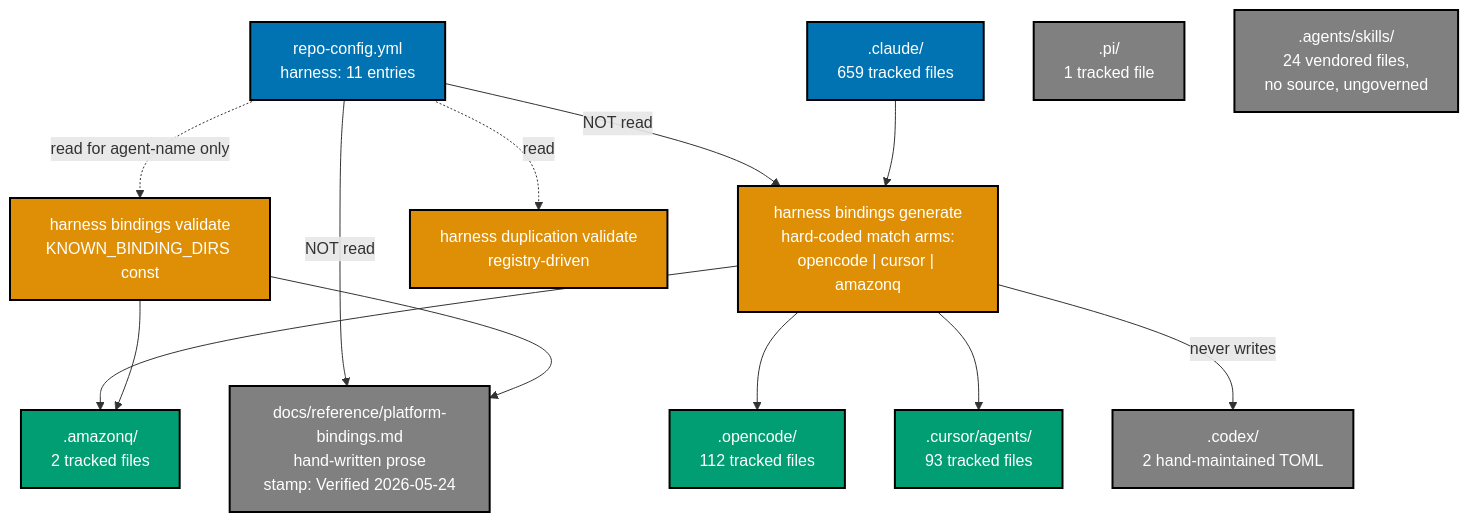
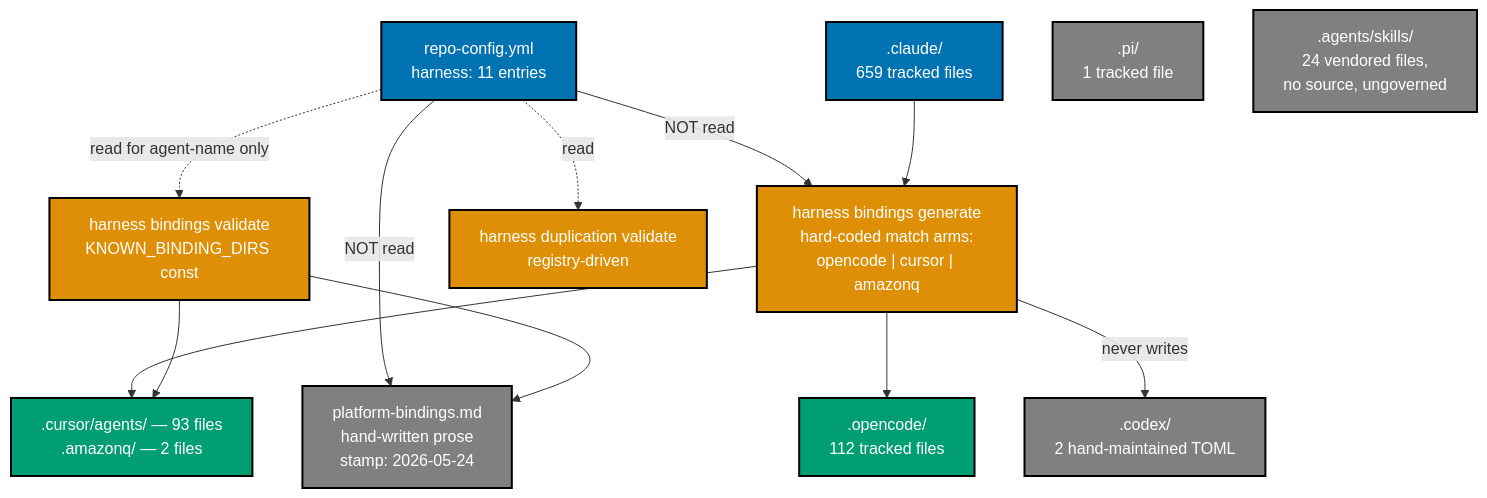
The first of 3 diagrams in plans/in-progress/update-harness-support/tech-docs.md (wahidyankf/open-sharia-fintech), drawn with Mermaid before and after one commit. The commit also changed other lines of this file and 2 other files, not shown here.

Commit message:
docs(plans): tick update-harness-support through the Phase 3 gate
Record the Phase 3 notes: three EDIT-verdict spec files no P3.x step named, the
catalog edit the gate forced forward from Phases 4 and 10, the dead word-budget
surfaces P2.6 left behind, the md-links exclusion the gate clause omits, and the
missing worktree node_modules that broke nx affected.

Shrink the current-state mermaid diagram so it satisfies the label-length and
rank-width limits the md-mermaid gate enforces.

````diff
--- a/plans/in-progress/update-harness-support/tech-docs.md
+++ b/plans/in-progress/update-harness-support/tech-docs.md
@@ -9,37 +9,35 @@
 ```mermaid
 flowchart TD
     RC["repo-config.yml<br/>harness: 11 entries"]
-    CAT["docs/reference/platform-bindings.md<br/>hand-written prose<br/>stamp: Verified 2026-05-24"]
+    CAT["platform-bindings.md<br/>hand-written prose<br/>stamp: 2026-05-24"]
     GEN["harness bindings generate<br/>hard-coded match arms:<br/>opencode | cursor | amazonq"]
     VAL["harness bindings validate<br/>KNOWN_BINDING_DIRS const"]
     DUP["harness duplication validate<br/>registry-driven"]
     SRC[".claude/<br/>659 tracked files"]
     OC[".opencode/<br/>112 tracked files"]
-    CUR[".cursor/agents/<br/>93 tracked files"]
-    AQ[".amazonq/<br/>2 tracked files"]
+    DROP[".cursor/agents/ — 93 files<br/>.amazonq/ — 2 files"]
     CDX[".codex/<br/>2 hand-maintained TOML"]
     PI[".pi/<br/>1 tracked file"]
     AG[".agents/skills/<br/>24 vendored files,<br/>no source, ungoverned"]
 
     RC -.->|"read"| DUP
     RC -.->|"read for agent-name only"| VAL
     RC -->|"NOT read"| GEN
     RC -->|"NOT read"| CAT
     SRC --> GEN
     GEN --> OC
-    GEN --> CUR
-    GEN --> AQ
+    GEN --> DROP
     GEN -->|"never writes"| CDX
-    VAL --> AQ
+    VAL --> DROP
     VAL --> CAT
 
     classDef blue fill:#0173B2,stroke:#000000,color:#FFFFFF,stroke-width:2px
     classDef orange fill:#DE8F05,stroke:#000000,color:#FFFFFF,stroke-width:2px
     classDef teal fill:#029E73,stroke:#000000,color:#FFFFFF,stroke-width:2px
     classDef gray fill:#808080,stroke:#000000,color:#FFFFFF,stroke-width:2px
 
     class RC,SRC blue
     class GEN,VAL,DUP orange
-    class OC,CUR,AQ teal
+    class OC,DROP teal
     class CAT,CDX,PI,AG gray
 ```
````
